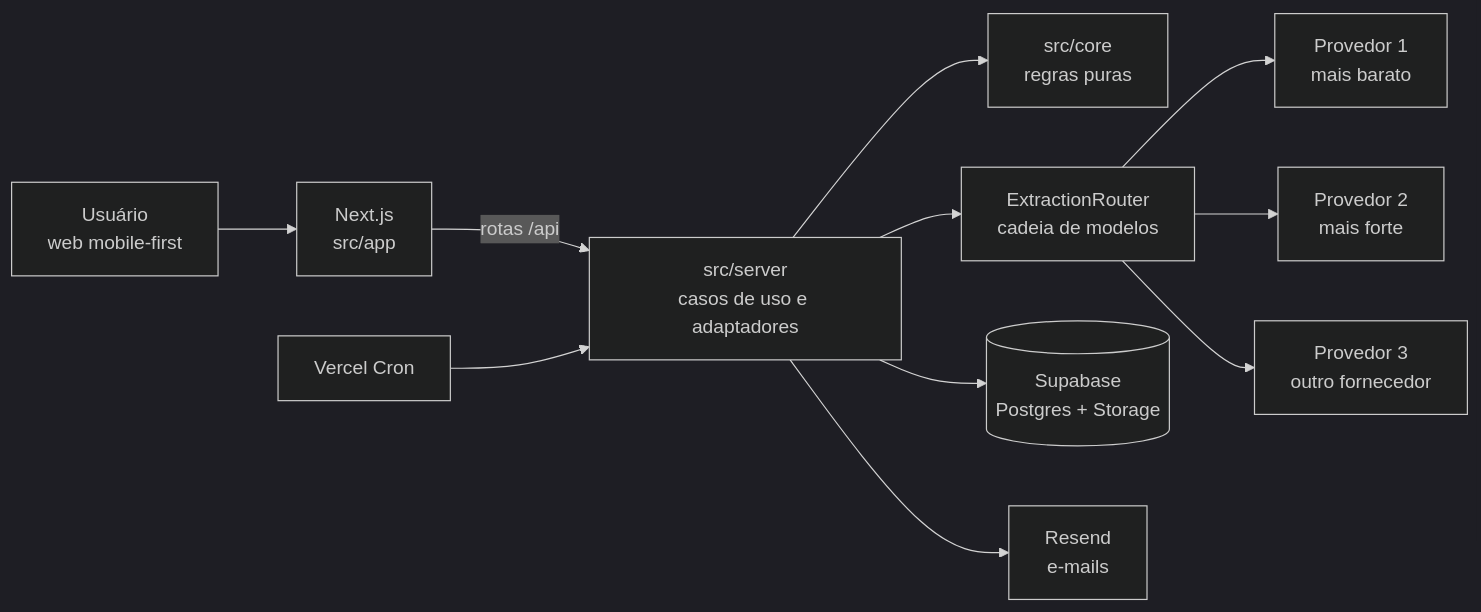
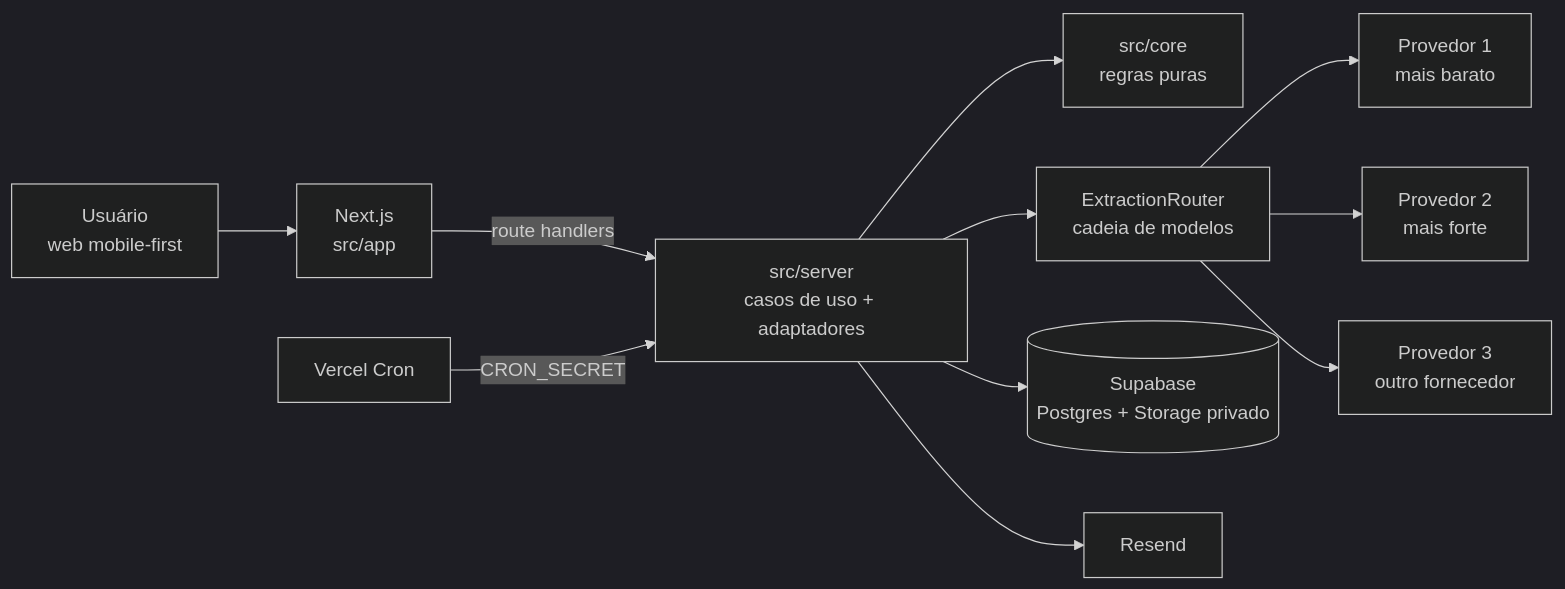
One commit to miguelquintanilhapy/teto changed the first of 3 diagrams in docs/ARCHITECTURE.md. Above: the diagram before and after it, drawn with Mermaid (dark theme). The commit also changed other lines of this file and 5 other files, not shown here.

````diff
--- a/docs/ARCHITECTURE.md
+++ b/docs/ARCHITECTURE.md
@@ -7,13 +16,13 @@
 ```mermaid
 flowchart LR
   U[Usuário<br/>web mobile-first] --> APP[Next.js<br/>src/app]
-  APP -->|rotas /api| SRV[src/server<br/>casos de uso e adaptadores]
+  APP -->|route handlers| SRV[src/server<br/>casos de uso + adaptadores]
   SRV --> CORE[src/core<br/>regras puras]
   SRV --> ROUTER[ExtractionRouter<br/>cadeia de modelos]
   ROUTER --> P1[Provedor 1<br/>mais barato]
   ROUTER --> P2[Provedor 2<br/>mais forte]
   ROUTER --> P3[Provedor 3<br/>outro fornecedor]
-  SRV --> DB[(Supabase<br/>Postgres + Storage)]
-  SRV --> MAIL[Resend<br/>e-mails]
-  CRON[Vercel Cron] --> SRV
+  SRV --> DB[(Supabase<br/>Postgres + Storage privado)]
+  SRV --> MAIL[Resend]
+  CRON[Vercel Cron] -->|CRON_SECRET| SRV
 ```
````
